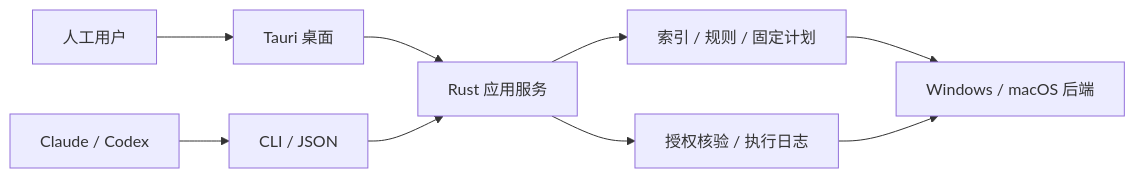
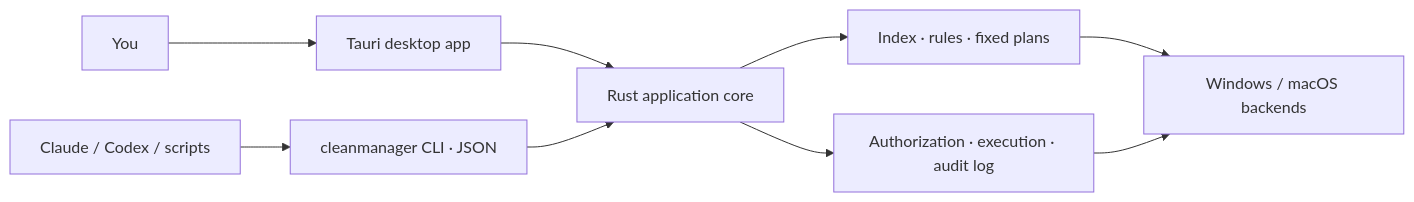
Before and after one commit to patrickleehua/CleanManager: the diagram in README.md, drawn with Mermaid. The commit also changed other lines of this file and 14 other files, not shown here.

````diff
--- a/README.md
+++ b/README.md
@@ -17,11 +128,11 @@
 ```mermaid
 flowchart LR
-    H[人工用户] --> GUI[Tauri 桌面]
-    A[Claude / Codex] --> CLI[CLI / JSON]
-    GUI --> CORE[Rust 应用服务]
+    U[You] --> GUI[Tauri desktop app]
+    A[Claude / Codex / scripts] --> CLI[cleanmanager CLI · JSON]
+    GUI --> CORE[Rust application core]
     CLI --> CORE
-    CORE --> INDEX[索引 / 规则 / 固定计划]
-    CORE --> EXEC[授权核验 / 执行日志]
-    INDEX --> OS[Windows / macOS 后端]
+    CORE --> PLAN[Index · rules · fixed plans]
+    CORE --> EXEC[Authorization · execution · audit log]
+    PLAN --> OS[Windows / macOS backends]
     EXEC --> OS
 ```
````
